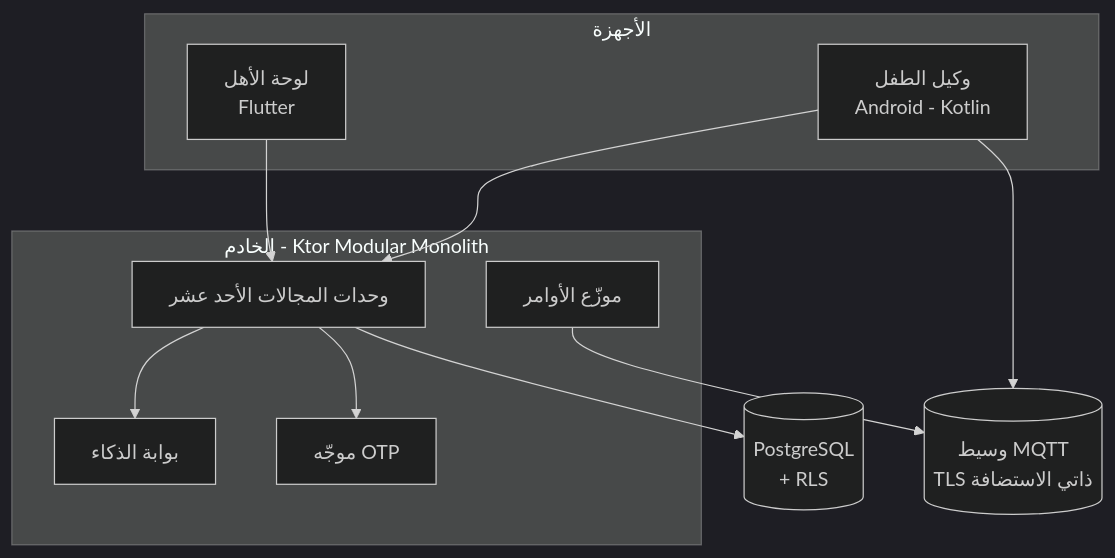
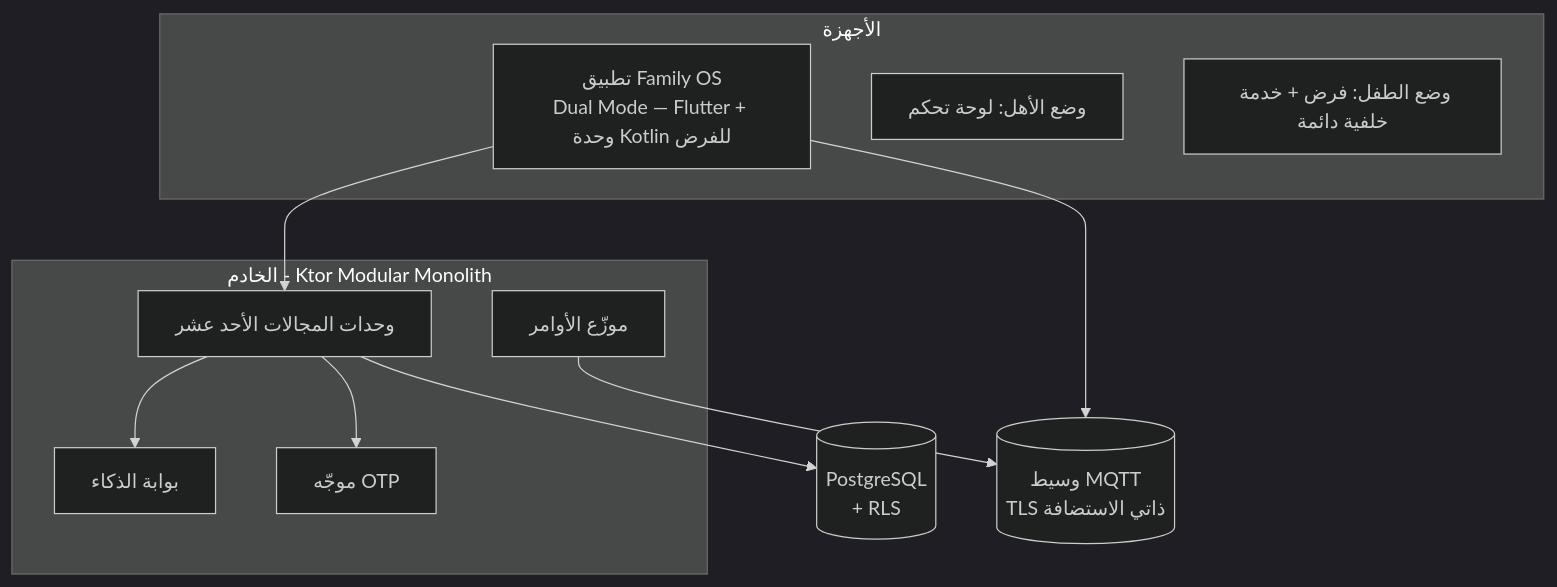
The second of 9 diagrams in docs/family-os/governance/architecture/ARCHITECTURE.md (Bassam-mohammed-alqaeadi/family-os-v2), drawn with Mermaid (dark theme) before and after one commit. The commit also changed other lines of this file and 4 other files, not shown here.

Commit message:
Governance v2 batch 8: S1-01 app shell & platform — first fresh system spec fully approved (card + 7-section spec + RE appendix); decisions Q-062..Q-068, Q-070; open question Q-069; architecture conformed to dual-mode (Q-062/Q-068) + i18n (Q-070)

````diff
--- a/docs/family-os/governance/architecture/ARCHITECTURE.md
+++ b/docs/family-os/governance/architecture/ARCHITECTURE.md
@@ -105,22 +105,22 @@
 ```mermaid
 graph TD
     subgraph Devices["الأجهزة"]
-        CA[وكيل الطفل<br/>Android - Kotlin]
-        PA[لوحة الأهل<br/>Flutter]
+        APP[تطبيق Family OS<br/>Dual Mode — Flutter + وحدة Kotlin للفرض]
+        PMODE[وضع الأهل: لوحة تحكم]
+        CMODE[وضع الطفل: فرض + خدمة خلفية دائمة]
     end
     subgraph Server["الخادم - Ktor Modular Monolith"]
         MOD[وحدات المجالات الأحد عشر]
         GW[بوابة الذكاء]
         ROUTER[موجّه OTP]
         CMD[موزّع الأوامر]
     end
     DB[(PostgreSQL<br/>+ RLS)]
     MQ[(وسيط MQTT<br/>TLS ذاتي الاستضافة)]
-    CA --> MQ
-    CA --> MOD
-    PA --> MOD
+    APP --> MQ
+    APP --> MOD
     MOD --> DB
     CMD --> MQ
     MOD --> GW
     MOD --> ROUTER
 ```
````
